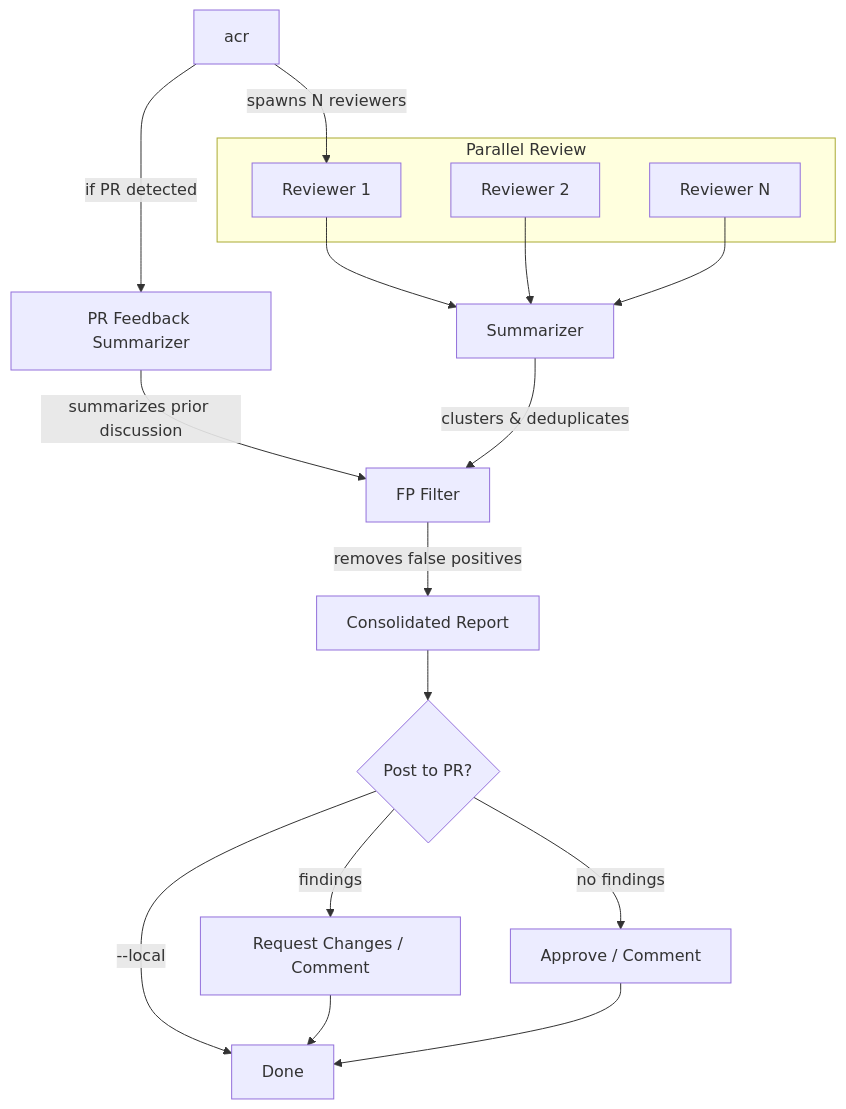
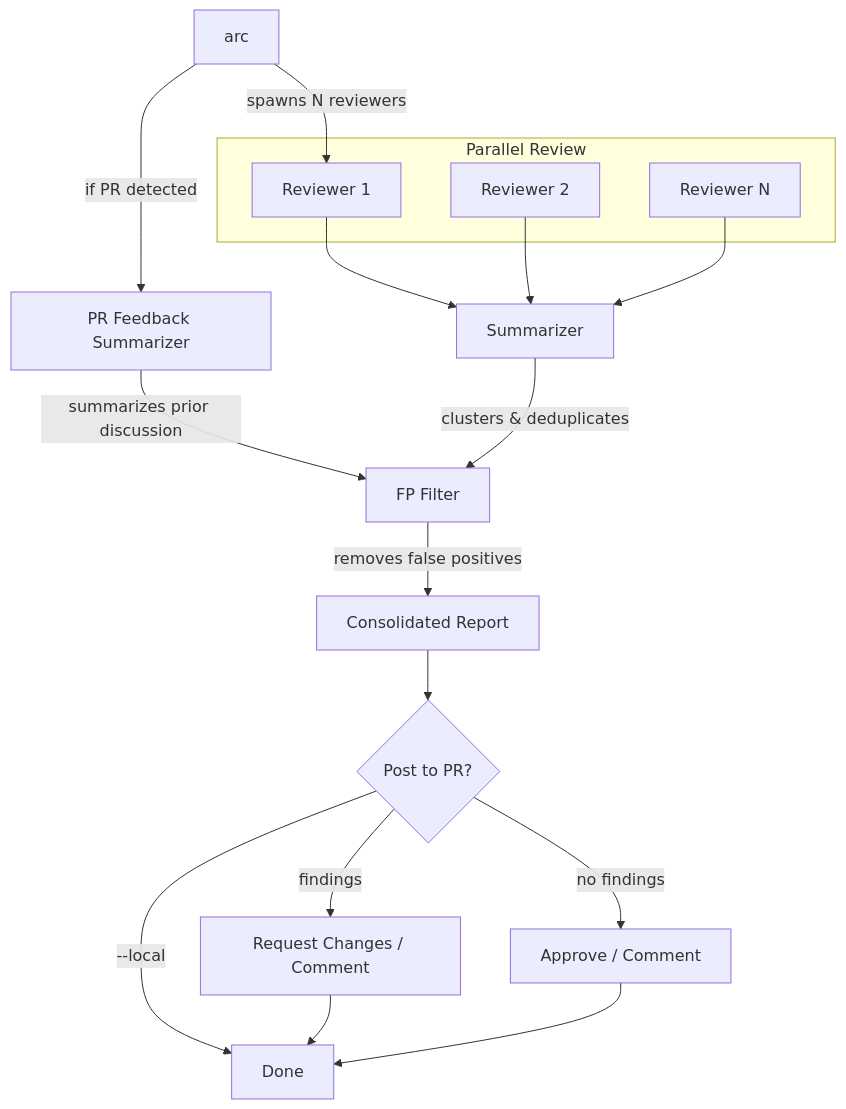
One commit to masa6161/agentic-code-reviewer_win changed the diagram in README.md. Above: the diagram before and after it, drawn with Mermaid. The commit also changed other lines of this file and 15 other files, not shown here.

````diff
--- a/README.md
+++ b/README.md
@@ -47,20 +49,20 @@
 ```mermaid
 graph TD
-    A[acr] -->|spawns N reviewers| B
+    A[arc] -->|spawns N reviewers| B
     subgraph Parallel Review
         B[Reviewer 1]
         C[Reviewer 2]
         D[Reviewer N]
     end
     A -->|if PR detected| P[PR Feedback Summarizer]
     P -->|summarizes prior discussion| F
     B & C & D --> E[Summarizer]
     E -->|clusters & deduplicates| F[FP Filter]
     F -->|removes false positives| G[Consolidated Report]
     G --> H{Post to PR?}
     H -->|--local| I[Done]
     H -->|findings| J[Request Changes / Comment]
     H -->|no findings| K[Approve / Comment]
     J --> I
     K --> I
 ```
````
